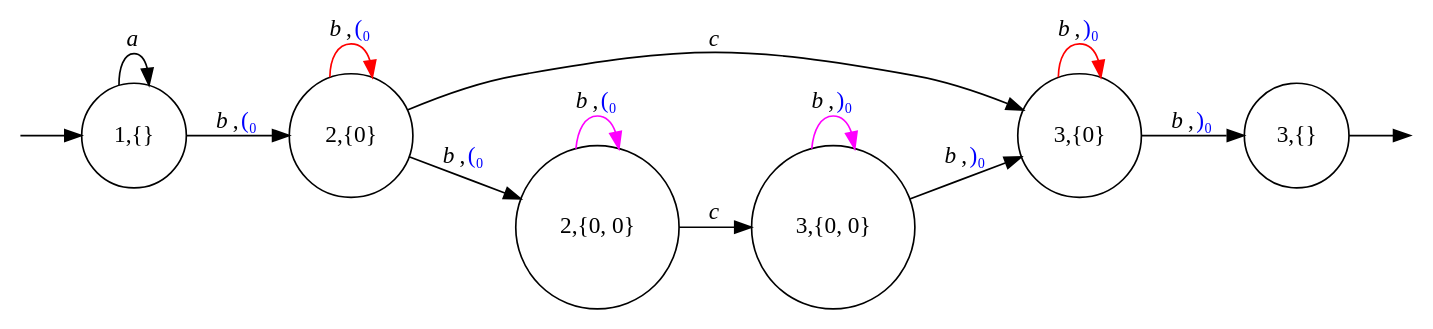
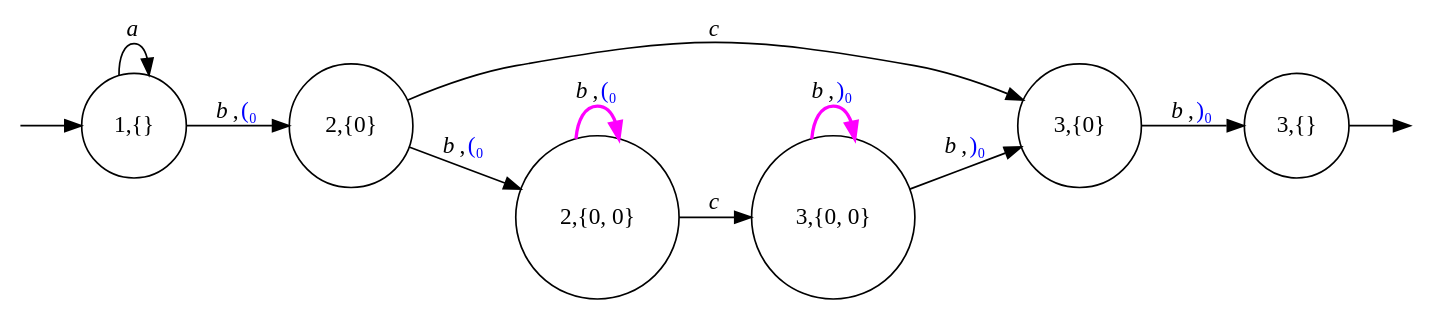
The diagram in presentation/graphs/graph1_normal.dot (0Marble/lgraphs), drawn with Graphviz before and after one commit. The commit also changed 18 other files, not shown here.

```diff
--- a/presentation/graphs/graph1_normal.dot
+++ b/presentation/graphs/graph1_normal.dot
@@ -1,20 +1,18 @@
 digraph {
 	node [shape=circle];
 	Q0 [style=invisible, height=0, width=0, fixedsize=true];
 	Q1 [style=invisible, height=0, width=0, fixedsize=true];
 	graph [rankdir="LR"];
 
 	Q0 -> "1,{}";
 	"3,{}" -> Q1;
 	"3,{0, 0}" -> "3,{0}"  [label=<<i>b</i>,<FONT COLOR="blue">)₀</FONT>> ];
 	"1,{}" -> "2,{0}"  [label=<<i>b</i>,<FONT COLOR="blue">(₀</FONT>> ];
 	"2,{0}" -> "3,{0}"  [label=<<i>c</i>> ];
 	"2,{0}" -> "2,{0, 0}"  [label=<<i>b</i>,<FONT COLOR="blue">(₀</FONT>> ];
 	"1,{}" -> "1,{}"  [label=<<i>a</i>> ];
 	"3,{0}" -> "3,{}"  [label=<<i>b</i>,<FONT COLOR="blue">)₀</FONT>> ];
 	"2,{0, 0}" -> "3,{0, 0}"  [label=<<i>c</i>> ];
-	"2,{0}" -> "2,{0}"  [label=<<i>b</i>,<FONT COLOR="blue">(₀</FONT>>,color=red ];
-	"3,{0}" -> "3,{0}"  [label=<<i>b</i>,<FONT COLOR="blue">)₀</FONT>>,color=red ];
-	"2,{0, 0}" -> "2,{0, 0}"  [label=<<i>b</i>,<FONT COLOR="blue">(₀</FONT>>,color=fuchsia ];
-	"3,{0, 0}" -> "3,{0, 0}"  [label=<<i>b</i>,<FONT COLOR="blue">)₀</FONT>>,color=fuchsia ];
+	"2,{0, 0}" -> "2,{0, 0}"  [label=<<i>b</i>,<FONT COLOR="blue">(₀</FONT>>,color=fuchsia, style=bold ];
+	"3,{0, 0}" -> "3,{0, 0}"  [label=<<i>b</i>,<FONT COLOR="blue">)₀</FONT>>,color=fuchsia, style=bold ];
 }
```
